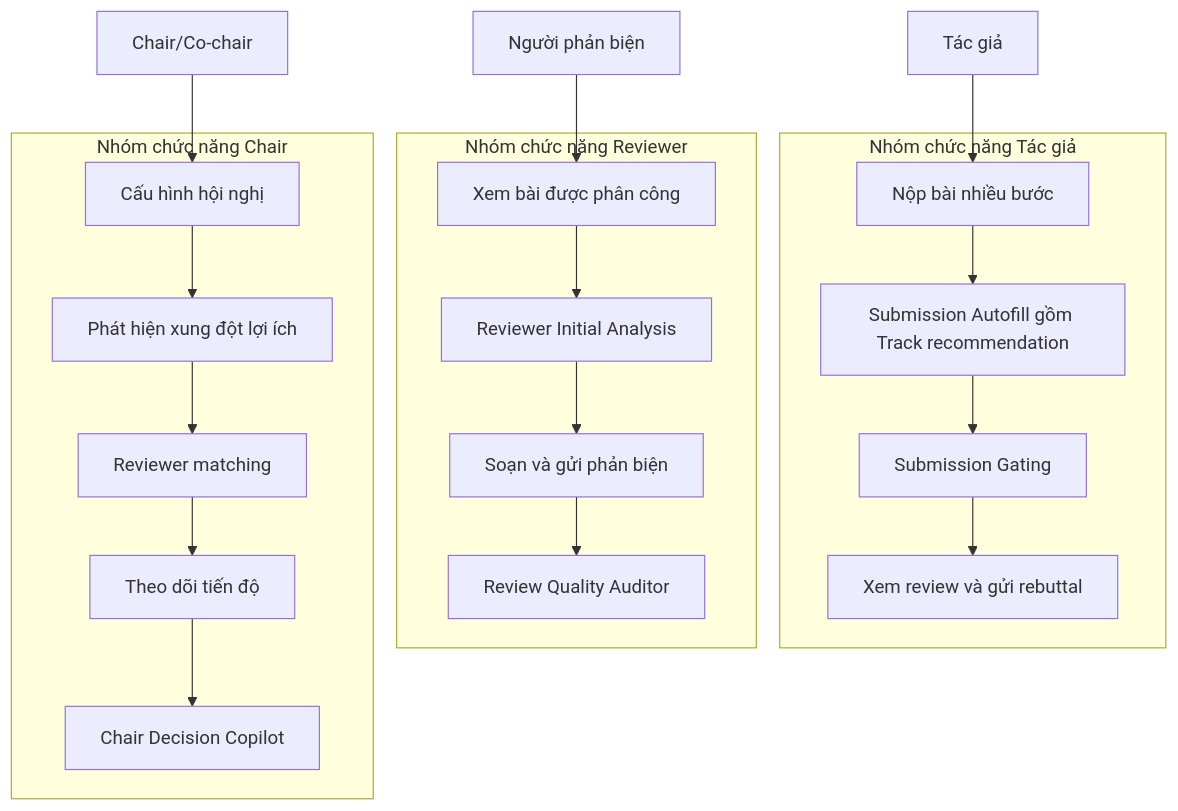
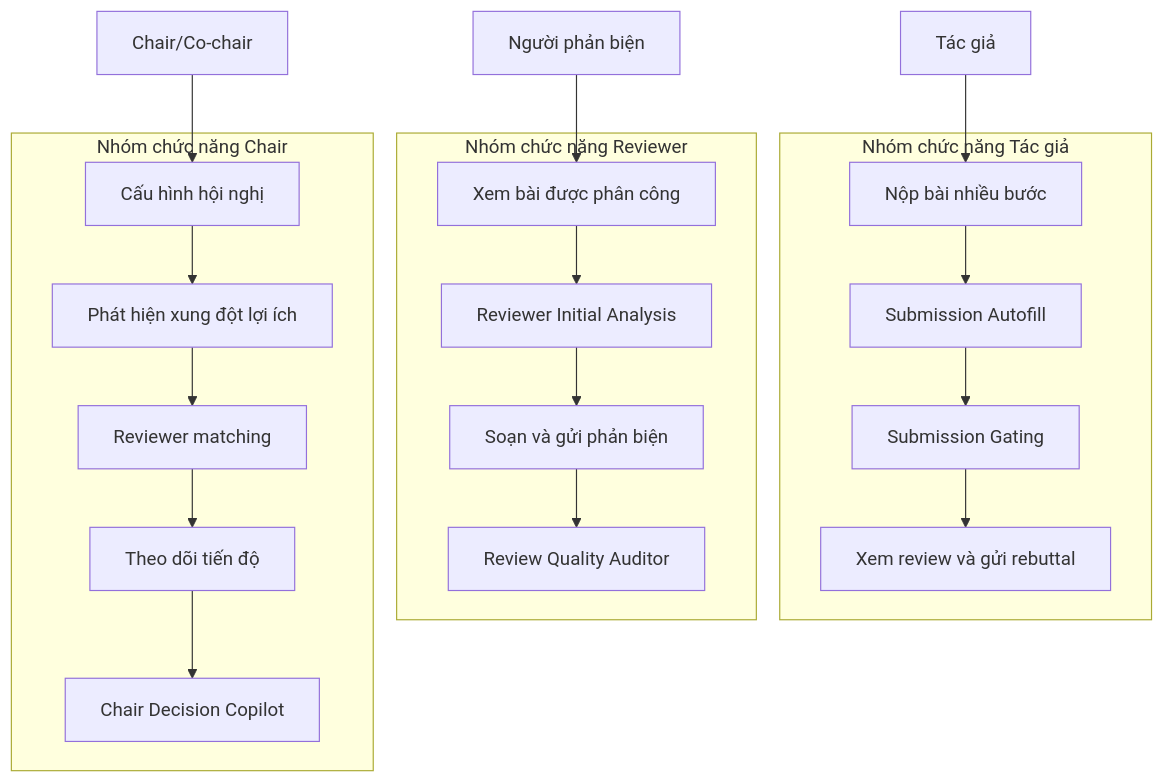
One commit to 5CLCsCan/ConferenceSpace changed the second of 19 diagrams in docs/report/compiled/final_combined/03-xay-dung-he-thong.md. Above: the diagram before and after it, drawn with Mermaid. The commit also changed other lines of this file and 3 other files, not shown here.

````diff
--- a/docs/report/compiled/final_combined/03-xay-dung-he-thong.md
+++ b/docs/report/compiled/final_combined/03-xay-dung-he-thong.md
@@ -99,32 +99,32 @@
 ```mermaid
 flowchart TD
     Author["Tác giả"]
     Reviewer["Người phản biện"]
     Chair["Chair/Co-chair"]
 
     subgraph A["Nhóm chức năng Tác giả"]
         A1["Nộp bài nhiều bước"]
-        A2["Submission Autofill gồm Track recommendation"]
+        A2["Submission Autofill"]
         A3["Submission Gating"]
         A4["Xem review và gửi rebuttal"]
     end
 
     subgraph R["Nhóm chức năng Reviewer"]
         R1["Xem bài được phân công"]
         R2["Reviewer Initial Analysis"]
         R3["Soạn và gửi phản biện"]
         R4["Review Quality Auditor"]
     end
 
     subgraph C["Nhóm chức năng Chair"]
         C1["Cấu hình hội nghị"]
         C2["Phát hiện xung đột lợi ích"]
         C3["Reviewer matching"]
         C4["Theo dõi tiến độ"]
         C5["Chair Decision Copilot"]
     end
 
     Author --> A1 --> A2 --> A3 --> A4
     Reviewer --> R1 --> R2 --> R3 --> R4
     Chair --> C1 --> C2 --> C3 --> C4 --> C5
 ```
````
